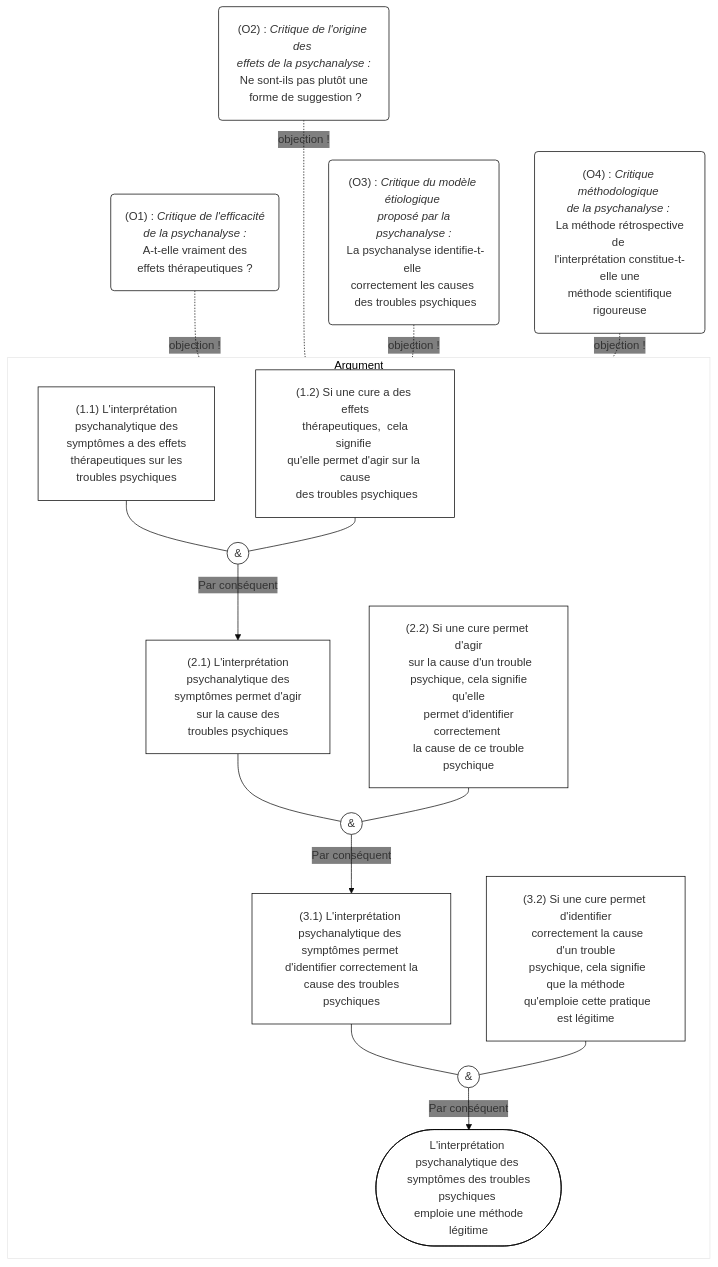
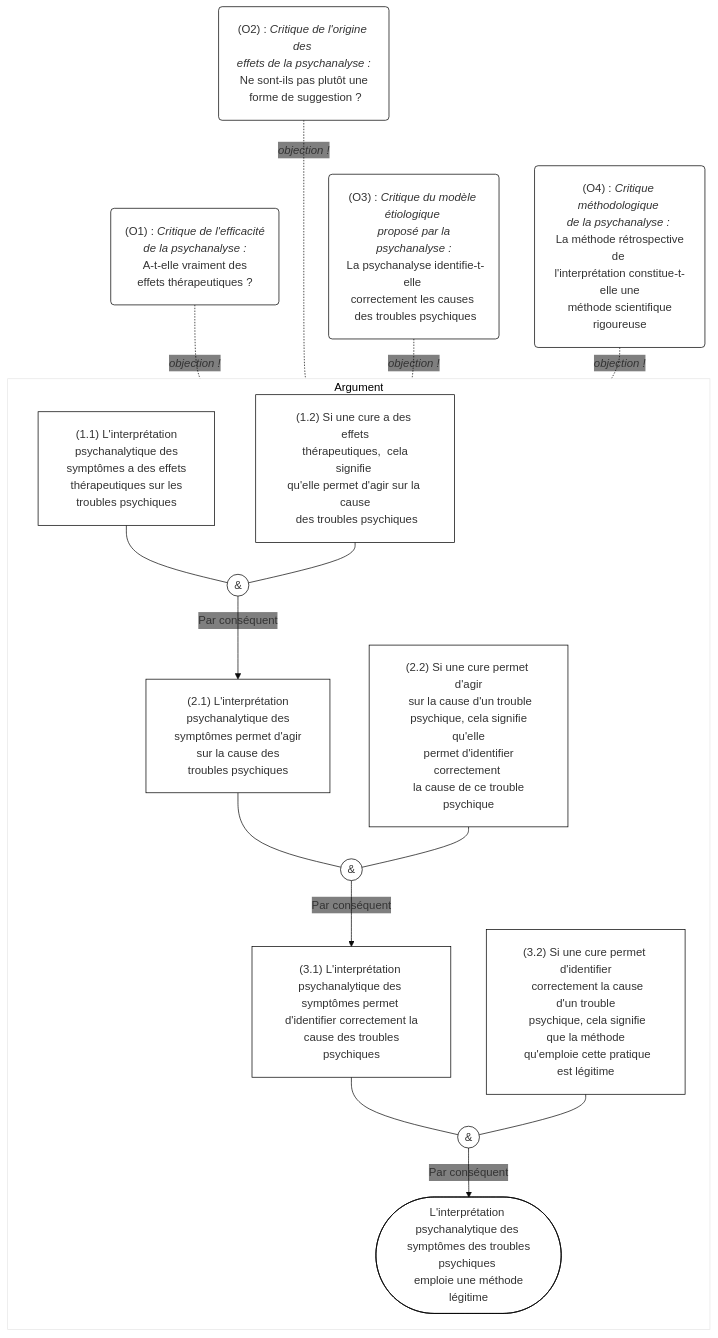
The diagram in Grunbaum-tally-argument-contre-la-psychanalyse.mmd (eyssette/arguments), drawn with Mermaid before and after one commit. The commit also changed 7 other files, not shown here.

```diff
--- a/Grunbaum-tally-argument-contre-la-psychanalyse.mmd
+++ b/Grunbaum-tally-argument-contre-la-psychanalyse.mmd
@@ -1,40 +1,40 @@
-%%{init: {"theme":"base","themeCSS": "#Argument rect{stroke:transparent; fill:#e5e5e5} #Argument span {color:transparent} .edgeLabel{color:#888; font-size:0.9em; margin-right:3px} .edge-pattern-dotted{stroke:crimson} .edge-pattern-solid{stroke:green} #flowchart-pointEnd{fill:green}  g[id*=\"O\"] *{stroke:crimson!important; font-size:0.95em} circle+g span{color:white; } circle{fill:green!important} g[id*=\"C\"] * {fill:black;color:white;font-weight:bold}","themeVariables":{"secondaryColor":"transparent","primaryColor":"white","primaryBorderColor":"black"},"flowchart":{"htmlLabels":true,"padding":20,"rankSpacing":10}} }%%
+%%{init: {"theme":"base","themeCSS": "#Argument rect{stroke:transparent; fill:#e5e5e5} #Argument span {color:transparent} .edgeLabel{color:#888; font-size:0.9em; margin-right:3px} .edgeLabel i{color:crimson} .edge-pattern-dotted{stroke:crimson} .edge-pattern-solid{stroke:green} #flowchart-pointEnd{fill:green}  g[id*=\"O\"] *{stroke:crimson!important; font-size:0.95em} circle+g span{color:white; } circle{fill:green!important} g[id*=\"C\"] * {fill:black;color:white;font-weight:bold}","themeVariables":{"secondaryColor":"transparent","primaryColor":"white","primaryBorderColor":"black"},"flowchart":{"htmlLabels":true,"padding":20,"rankSpacing":20}} }%%
 flowchart TB
     %%accTitle: Titre
     %%accDescr: Description
     subgraph Argument
     direction TB
     %% 1("Prémisse")
     %% Pour utiliser les guillemets dans une prémisse : #quot;
     %% 1 -->|Par conséquent|2
     %% 1 & 2 --- PL1((&))
     %% C(["Conclusion"])
     1.1["(1.1) L'interprétation <br>psychanalytique des<br> symptômes a des effets <br>thérapeutiques sur les<br> troubles psychiques"]
     1.2["(1.2) Si une cure a des effets<br> thérapeutiques,  cela signifie <br>qu'elle permet d'agir sur la cause<br> des troubles psychiques"]
     1.1 & 1.2 --- PL1((&))
     PL1-->|Par conséquent|2.1
 
     2.1["(2.1) L'interprétation <br>psychanalytique des <br> symptômes permet d'agir<br> sur la  cause des<br> troubles psychiques"]
     2.2["(2.2) Si une cure permet d'agir<br> sur la cause d'un trouble<br> psychique, cela signifie qu'elle<br> permet d'identifier correctement <br> la cause de ce trouble psychique"]
     2.1 & 2.2 --- PL2((&))
     PL2-->|Par conséquent|3.1
 
     3.1["(3.1) L'interprétation <br>psychanalytique des <br>symptômes permet <br>d'identifier correctement la<br> cause des troubles psychiques"]
     3.2["(3.2) Si une cure permet d'identifier<br>  correctement la cause d'un trouble<br>  psychique, cela signifie que la méthode<br>  qu'emploie cette pratique est légitime"]
     3.1 & 3.2 --- PL3((&))
     PL3-->|Par conséquent|C
     
     C(["L'interprétation psychanalytique des <br> symptômes des troubles psychiques <br> emploie une méthode légitime"])
     end
     %% OBJECTIONS
     %% O1["Objection"]
-    %% O1-.-|objection !|3
+    %% O1-.-|<i>objection !</i>|3
 
     O1("(O1) : <i>Critique de l'efficacité <br>de la psychanalyse :</i><br>A-t-elle vraiment des<br>effets thérapeutiques ?")
-    O1-.-|objection !|1.1
+    O1-.-|<i>objection !</i>|1.1
     O2("(O2) : <i>Critique de l'origine des <br> effets de la psychanalyse :</i> <br> Ne sont-ils pas plutôt une <br> forme de suggestion ?")
-    O2-...-|objection !|2.1
+    O2-...-|<i>objection !</i>|2.1
     O3("(O3) : <i>Critique du modèle étiologique <br> proposé par la psychanalyse :</i><br> La psychanalyse identifie-t-elle <br>correctement les causes <br> des troubles psychiques")
-    O3-.-|objection !|3.1
+    O3-.-|<i>objection !</i>|3.1
     O4("(O4) : <i>Critique méthodologique <br>de la psychanalyse :</i> <br> La méthode rétrospective de <br>l'interprétation constitue-t-elle une<br> méthode scientifique rigoureuse")
-    O4-.-|objection !|C
+    O4-.-|<i>objection !</i>|C
```
